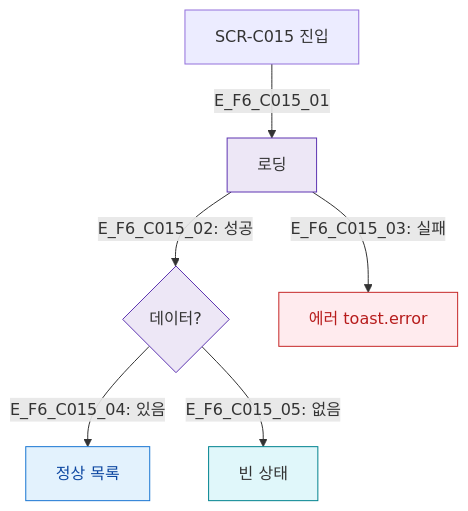
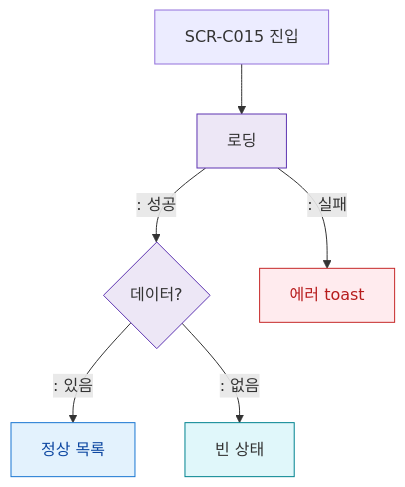
One commit to dev-spogym/admin-pando changed the diagram in docs/다이어그램/D04_수업관리/SCR-C015_수업녹화관리/F6_상태별.md. Above: the diagram before and after it, drawn with Mermaid. The commit also changed other lines of this file and 1660 other files, not shown here.

First line of the commit message:
다이어그램: 기획자/클라이언트 납품본으로 정리

````diff
--- a/docs/다이어그램/D04_수업관리/SCR-C015_수업녹화관리/F6_상태별.md
+++ b/docs/다이어그램/D04_수업관리/SCR-C015_수업녹화관리/F6_상태별.md
@@ -20,18 +18,18 @@
 ```mermaid
 flowchart TD
-  Enter[SCR-C015 진입] -->|E_F6_C015_01| Loading[로딩]
-  Loading -->|"E_F6_C015_02: 성공"| DataCheck{데이터?}
-  Loading -->|"E_F6_C015_03: 실패"| ErrState[에러 toast.error]
-  DataCheck -->|"E_F6_C015_04: 있음"| NormalView[정상 목록]
-  DataCheck -->|"E_F6_C015_05: 없음"| EmptyView[빈 상태]
+  Enter[SCR-C015 진입] --> Loading[로딩]
+  Loading -->|": 성공"|DataCheck{데이터?}
+  Loading -->|": 실패"|ErrState[에러 toast]
+  DataCheck -->|": 있음"|NormalView[정상 목록]
+  DataCheck -->|": 없음"|EmptyView[빈 상태]
   classDef screen fill:#E3F2FD,stroke:#1976D2,color:#0D47A1
   classDef system fill:#EDE7F6,stroke:#5E35B2
   classDef error fill:#FFEBEE,stroke:#C62828,color:#B71C1C
   classDef info fill:#E0F7FA,stroke:#00838F
   classDef newFeature fill:#F3E5F5,stroke:#7B1FA2,color:#4A148C,stroke-dasharray:6 3
   class SCR_NODE newFeature
   class NormalView screen
   class Loading,DataCheck system
   class ErrState error
   class EmptyView info
 ```
````
